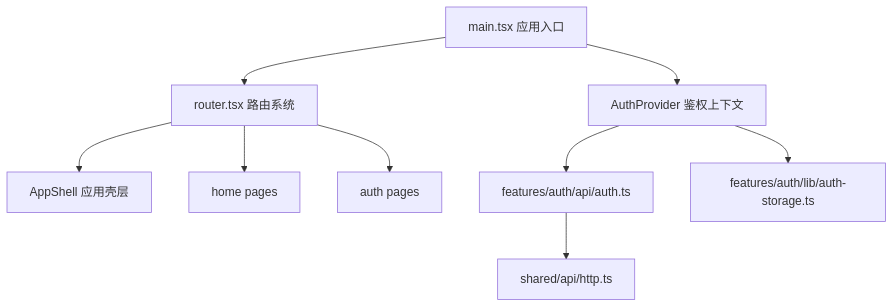
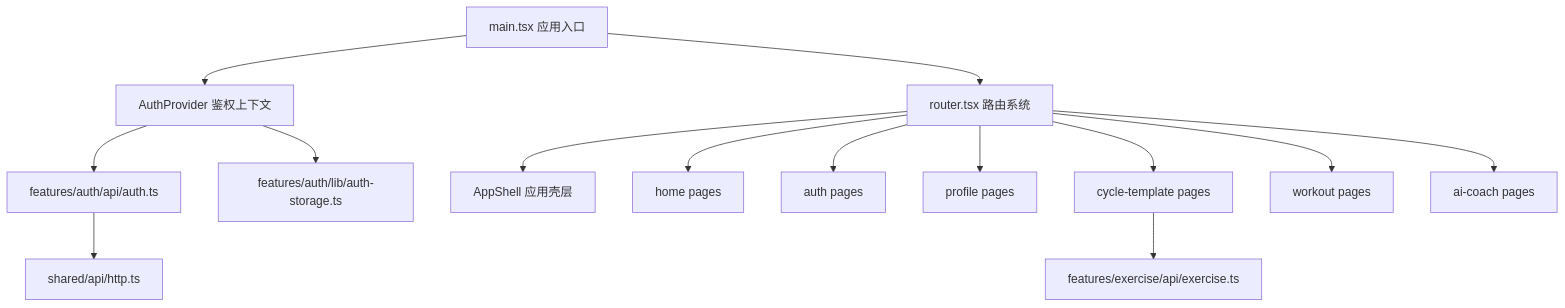
The diagram in docs/frontend/frontend_总览.md (kkggbo/DailyForge), drawn with Mermaid before and after one commit. The commit also changed other lines of this file and 16 other files, not shown here.

````diff
--- a/docs/frontend/frontend_总览.md
+++ b/docs/frontend/frontend_总览.md
@@ -101,11 +131,16 @@
 ```mermaid
 flowchart TD
     MAIN["main.tsx 应用入口"] --> AUTH_PROVIDER["AuthProvider 鉴权上下文"]
     MAIN --> ROUTER["router.tsx 路由系统"]
     ROUTER --> APP_SHELL["AppShell 应用壳层"]
     ROUTER --> HOME_PAGES["home pages"]
     ROUTER --> AUTH_PAGES["auth pages"]
+    ROUTER --> PROFILE_PAGES["profile pages"]
+    ROUTER --> CYCLE_TEMPLATE_PAGES["cycle-template pages"]
+    ROUTER --> WORKOUT_PAGES["workout pages"]
+    ROUTER --> AI_COACH_PAGES["ai-coach pages"]
     AUTH_PROVIDER --> AUTH_API["features/auth/api/auth.ts"]
     AUTH_PROVIDER --> AUTH_STORAGE["features/auth/lib/auth-storage.ts"]
     AUTH_API --> HTTP["shared/api/http.ts"]
+    CYCLE_TEMPLATE_PAGES --> EXERCISE_API["features/exercise/api/exercise.ts"]
 ```
````
